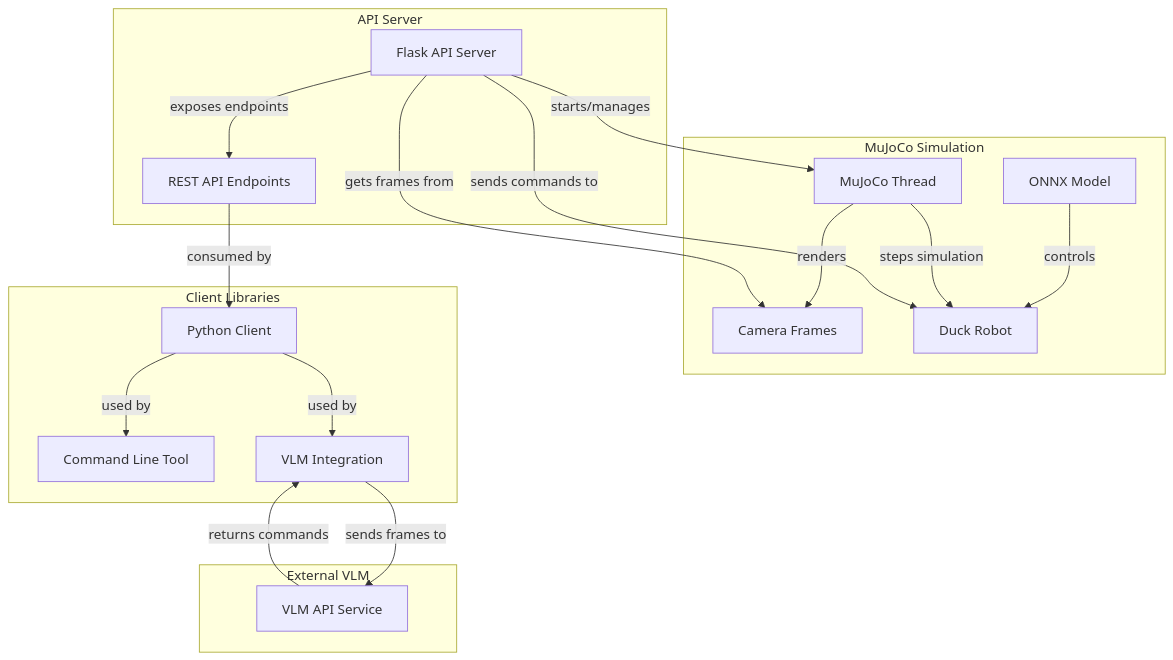
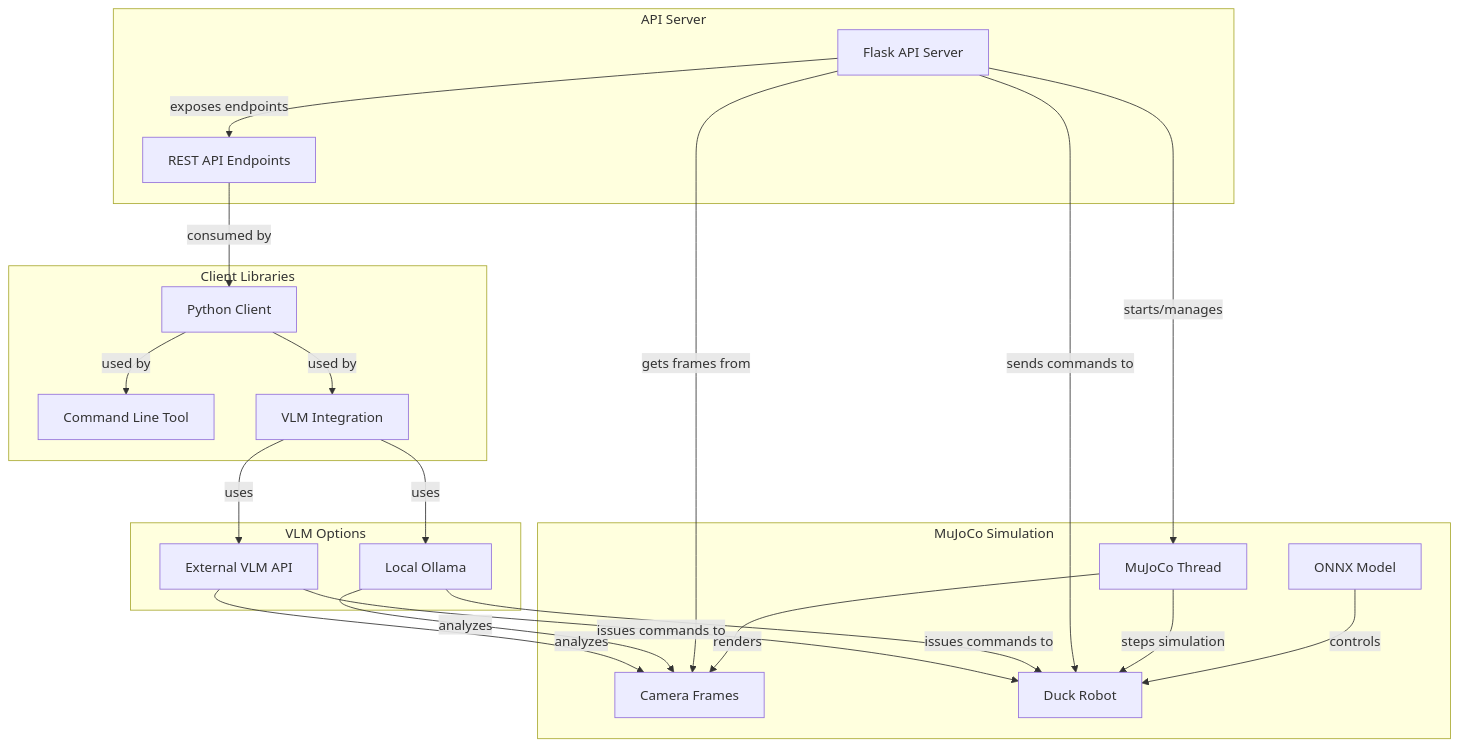
One commit to Aronnaxx/d00t changed the first of 6 diagrams in README.md. Above: the diagram before and after it, drawn with Mermaid. The commit also changed other lines of this file and 2 other files, not shown here.

Commit message:
ollama integration test

````diff
--- a/README.md
+++ b/README.md
@@ -7,32 +7,37 @@
 ```mermaid
 graph TD
     subgraph "MuJoCo Simulation"
         M[MuJoCo Thread] -- renders --> CF[Camera Frames]
         ONNX[ONNX Model] -- controls --> Robot[Duck Robot]
         M -- steps simulation --> Robot
     end
     
     subgraph "API Server"
         Flask[Flask API Server] -- starts/manages --> M
         Flask -- gets frames from --> CF
         Flask -- sends commands to --> Robot
         Flask -- exposes endpoints --> API[REST API Endpoints]
     end
     
     subgraph "Client Libraries"
         PythonClient[Python Client]
         CLITool[Command Line Tool]
         VLMIntegration[VLM Integration]
     end
     
     API -- consumed by --> PythonClient
     PythonClient -- used by --> CLITool
     PythonClient -- used by --> VLMIntegration
     
-    subgraph "External VLM"
-        VLMService[VLM API Service]
+    subgraph "VLM Options"
+        OllamaVLM[Local Ollama]
+        ExternalVLM[External VLM API]
     end
     
-    VLMIntegration -- sends frames to --> VLMService
-    VLMService -- returns commands --> VLMIntegration
+    VLMIntegration -- uses --> OllamaVLM
+    VLMIntegration -- uses --> ExternalVLM
+    OllamaVLM -- analyzes --> CF
+    ExternalVLM -- analyzes --> CF
+    OllamaVLM -- issues commands to --> Robot
+    ExternalVLM -- issues commands to --> Robot
 ```
````
